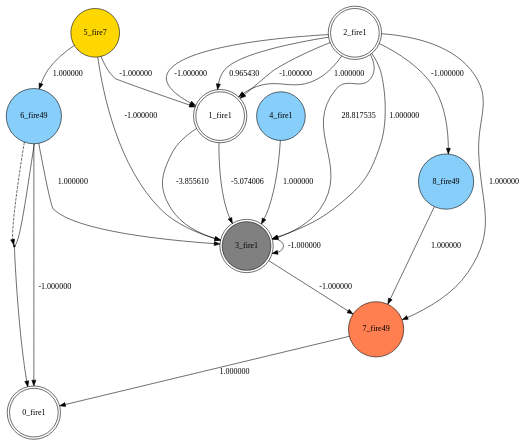
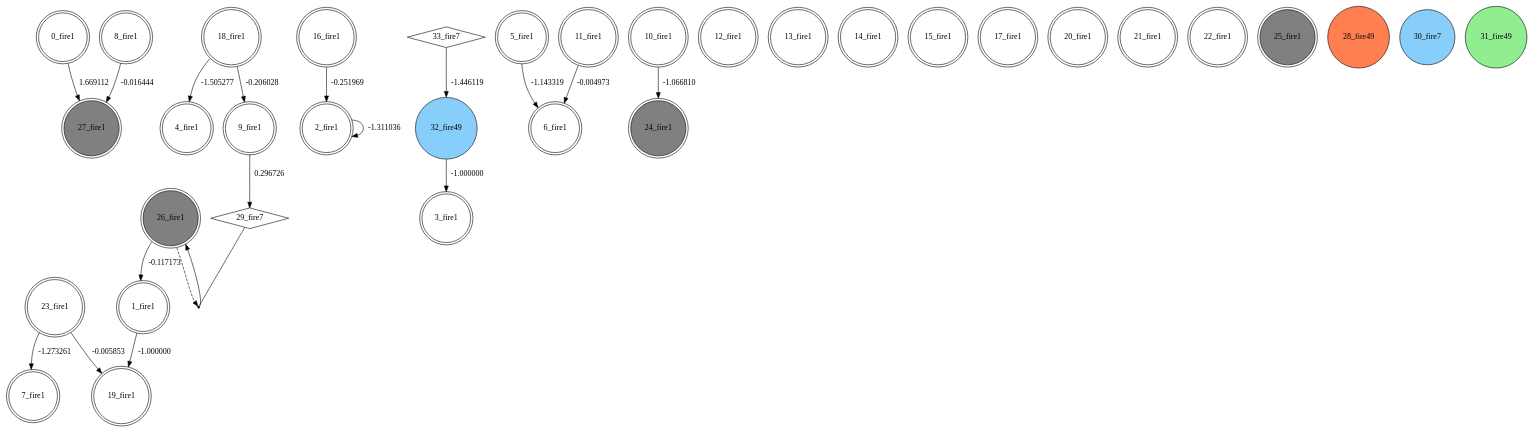
The diagram in best_individual.dot (yi1306c12/suna_c), drawn with Graphviz before and after one commit. The commit also changed 1 other file, not shown here.

```diff
--- a/best_individual.dot
+++ b/best_individual.dot
@@ -1,36 +1,57 @@
 digraph G {
  node[shape = circle]
 0 [label="0_fire1",shape=doublecircle]
 1 [label="1_fire1",shape=doublecircle]
 2 [label="2_fire1",shape=doublecircle]
-3 [label="3_fire1",shape=doublecircle, style=filled, fillcolor=gray]
-4 [label="4_fire1",style=filled, fillcolor=lightskyblue]
-5 [label="5_fire7",style=filled, fillcolor=gold]
-6 [label="6_fire49",style=filled, fillcolor=lightskyblue]
-7 [label="7_fire49",style=filled, fillcolor=coral]
-8 [label="8_fire49",style=filled, fillcolor=lightskyblue]
-2 -> 3 [label="28.817535"]
-1 -> 3 [label="-3.855610"]
-1 -> 3 [label="-5.074006"]
-2 -> 1 [label="1.000000"]
-3 -> 7 [label="-1.000000"]
-2 -> 1 [label="-1.000000"]
-2 -> 1 [label="0.965430"]
-3 -> 3 [label="-1.000000"]
-2 -> 3 [label="1.000000"]
-5 -> 3 [label="-1.000000"]
-2 -> 8 [label="-1.000000"]
-5 -> 6 [label="1.000000"]
-8 -> 7 [label="1.000000"]
-6 -> 3 [label="1.000000"]
-4 -> 3 [label="1.000000"]
-11 [shape=point, label=""]
-6 -> 11 [style=dashed] 
-6 -> 11 [dir=none]
-11 -> 0 
-2 -> 1 [label="-1.000000"]
-5 -> 1 [label="-1.000000"]
-2 -> 7 [label="1.000000"]
-7 -> 0 [label="1.000000"]
-6 -> 0 [label="-1.000000"]
+3 [label="3_fire1",shape=doublecircle]
+4 [label="4_fire1",shape=doublecircle]
+5 [label="5_fire1",shape=doublecircle]
+6 [label="6_fire1",shape=doublecircle]
+7 [label="7_fire1",shape=doublecircle]
+8 [label="8_fire1",shape=doublecircle]
+9 [label="9_fire1",shape=doublecircle]
+10 [label="10_fire1",shape=doublecircle]
+11 [label="11_fire1",shape=doublecircle]
+12 [label="12_fire1",shape=doublecircle]
+13 [label="13_fire1",shape=doublecircle]
+14 [label="14_fire1",shape=doublecircle]
+15 [label="15_fire1",shape=doublecircle]
+16 [label="16_fire1",shape=doublecircle]
+17 [label="17_fire1",shape=doublecircle]
+18 [label="18_fire1",shape=doublecircle]
+19 [label="19_fire1",shape=doublecircle]
+20 [label="20_fire1",shape=doublecircle]
+21 [label="21_fire1",shape=doublecircle]
+22 [label="22_fire1",shape=doublecircle]
+23 [label="23_fire1",shape=doublecircle]
+24 [label="24_fire1",shape=doublecircle, style=filled, fillcolor=gray]
+25 [label="25_fire1",shape=doublecircle, style=filled, fillcolor=gray]
+26 [label="26_fire1",shape=doublecircle, style=filled, fillcolor=gray]
+27 [label="27_fire1",shape=doublecircle, style=filled, fillcolor=gray]
+28 [label="28_fire49",style=filled, fillcolor=coral]
+29 [label="29_fire7",shape=diamond]
+30 [label="30_fire7",style=filled, fillcolor=lightskyblue]
+31 [label="31_fire49",style=filled, fillcolor=lightgreen]
+32 [label="32_fire49",style=filled, fillcolor=lightskyblue]
+33 [label="33_fire7",shape=diamond]
+11 -> 6 [label="-0.004973"]
+8 -> 27 [label="-0.016444"]
+18 -> 9 [label="-0.206028"]
+23 -> 19 [label="-0.005853"]
+34 [shape=point, label=""]
+26 -> 34 [style=dashed] 
+29 -> 34 [dir=none]
+34 -> 26 
+9 -> 29 [label="0.296726"]
+5 -> 6 [label="-1.143319"]
+1 -> 19 [label="-1.000000"]
+16 -> 2 [label="-0.251969"]
+33 -> 32 [label="-1.446119"]
+26 -> 1 [label="-0.117173"]
+10 -> 24 [label="-1.066810"]
+18 -> 4 [label="-1.505277"]
+2 -> 2 [label="-1.311036"]
+0 -> 27 [label="1.669112"]
+32 -> 3 [label="-1.000000"]
+23 -> 7 [label="-1.273261"]
 }
```
